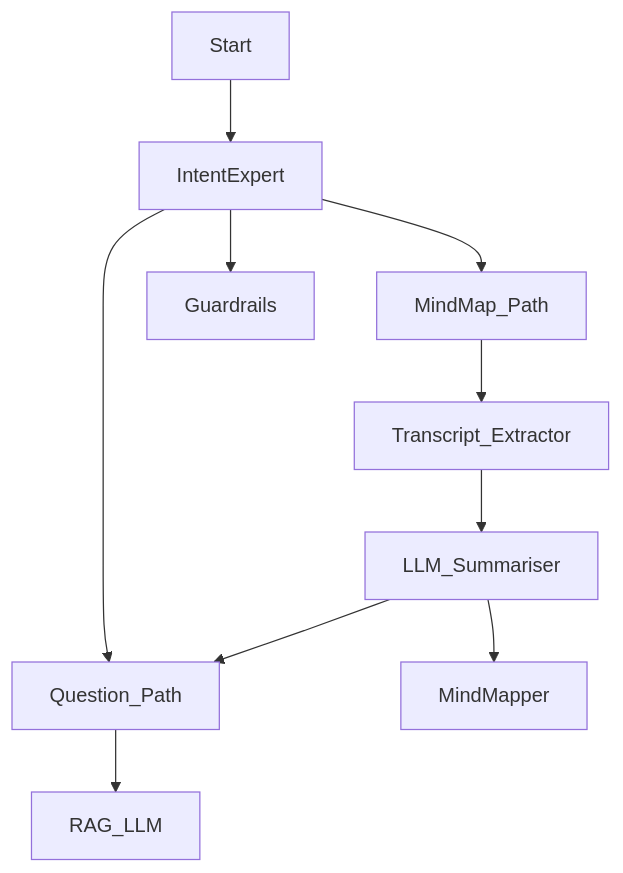
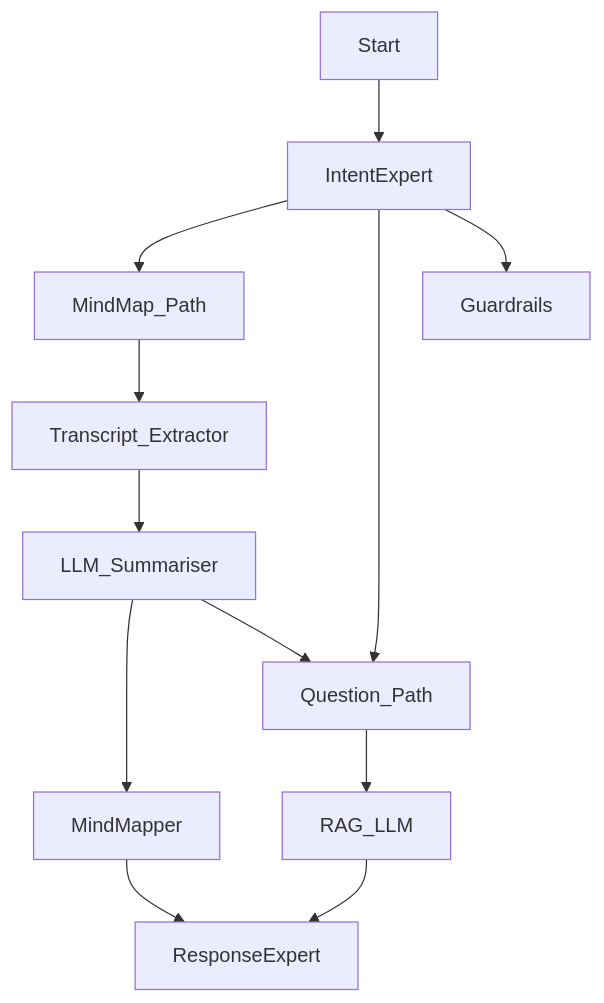
One commit to michaelszjin/GenAI-Project changed the diagram in documentation/LLM_routing_architecture.md. Above: the diagram before and after it, drawn with Mermaid. The commit also changed other lines of this file, not shown here.

````diff
--- a/documentation/LLM_routing_architecture.md
+++ b/documentation/LLM_routing_architecture.md
@@ -11,13 +13,15 @@
 ```mermaid
 graph TD;
     Start-->IntentExpert;
     IntentExpert-->MindMap_Path;
     IntentExpert-->Question_Path;
     IntentExpert-->Guardrails;
     MindMap_Path-->Transcript_Extractor;
     Transcript_Extractor-->LLM_Summariser;
     LLM_Summariser-->MindMapper;
     LLM_Summariser-->Question_Path;
-Question_Path-->RAG_LLM;
+    Question_Path-->RAG_LLM;
+    MindMapper-->ResponseExpert;
+    RAG_LLM-->ResponseExpert;
 
 ```
````
